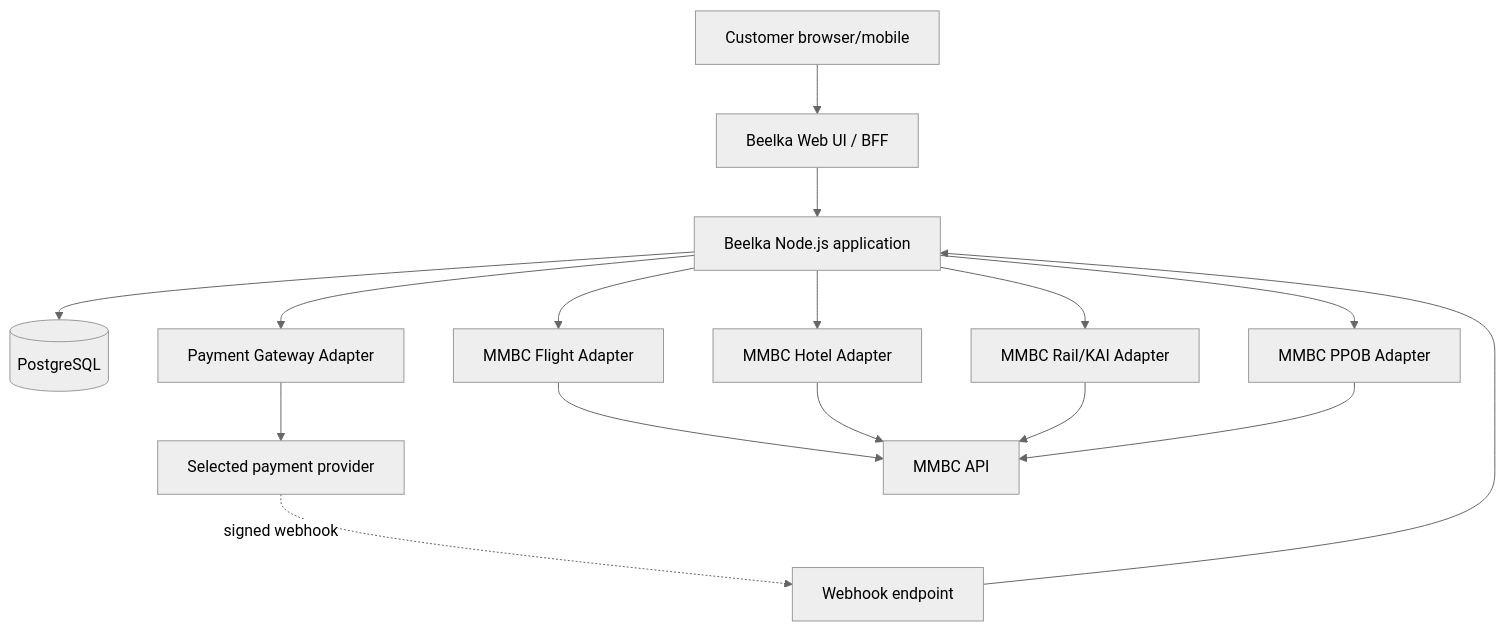
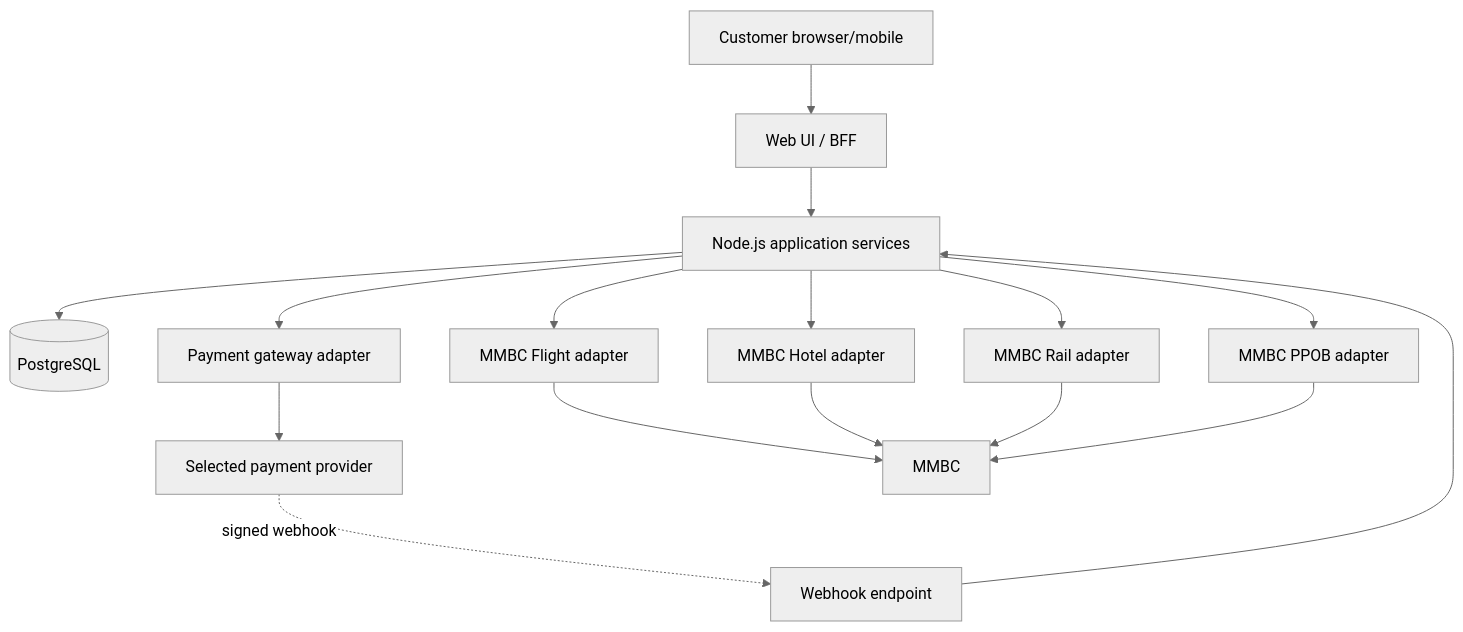
Before and after one commit to digital8084/beelka: the diagram in docs/ARCHITECTURE.md, drawn with Mermaid (neutral theme). The commit also changed other lines of this file and 9 other files, not shown here.

Commit message:
docs: establish Beelka product blueprint and roadmap

````diff
--- a/docs/ARCHITECTURE.md
+++ b/docs/ARCHITECTURE.md
@@ -14,18 +13,18 @@
 ```mermaid
 flowchart TD
-  C[Customer browser/mobile] --> WEB[Beelka Web UI / BFF]
-  WEB --> APP[Beelka Node.js application]
-  APP --> PG[(PostgreSQL)]
-  APP --> PAY[Payment Gateway Adapter]
-  PAY --> G[Selected payment provider]
-  APP --> F[MMBC Flight Adapter]
-  APP --> H[MMBC Hotel Adapter]
-  APP --> R[MMBC Rail/KAI Adapter]
-  APP --> P[MMBC PPOB Adapter]
-  F --> M[MMBC API]
+  C[Customer browser/mobile] --> W[Web UI / BFF]
+  W --> A[Node.js application services]
+  A --> DB[(PostgreSQL)]
+  A --> P[Payment gateway adapter]
+  P --> G[Selected payment provider]
+  A --> F[MMBC Flight adapter]
+  A --> H[MMBC Hotel adapter]
+  A --> R[MMBC Rail adapter]
+  A --> B[MMBC PPOB adapter]
+  F --> M[MMBC]
   H --> M
   R --> M
-  P --> M
+  B --> M
   G -. signed webhook .-> WH[Webhook endpoint]
-  WH --> APP
+  WH --> A
 ```
````
